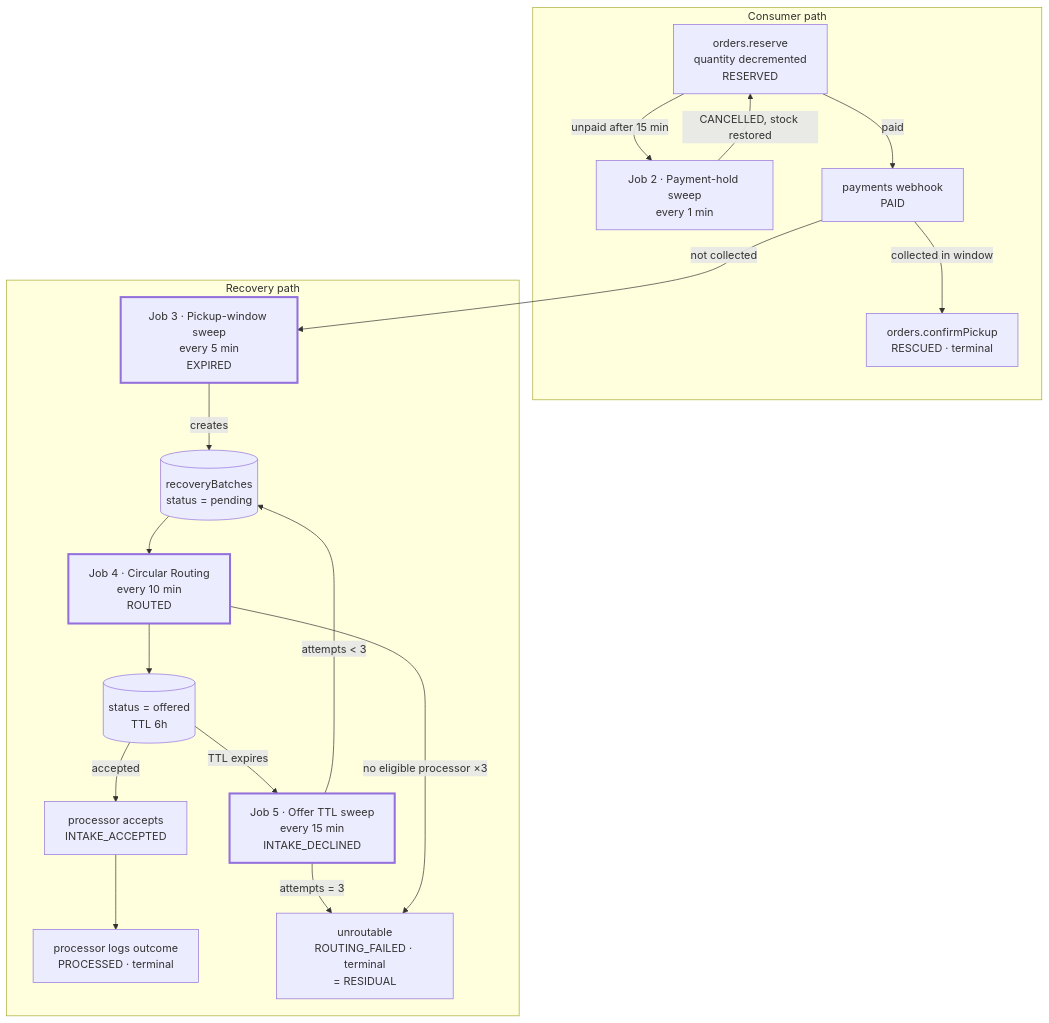
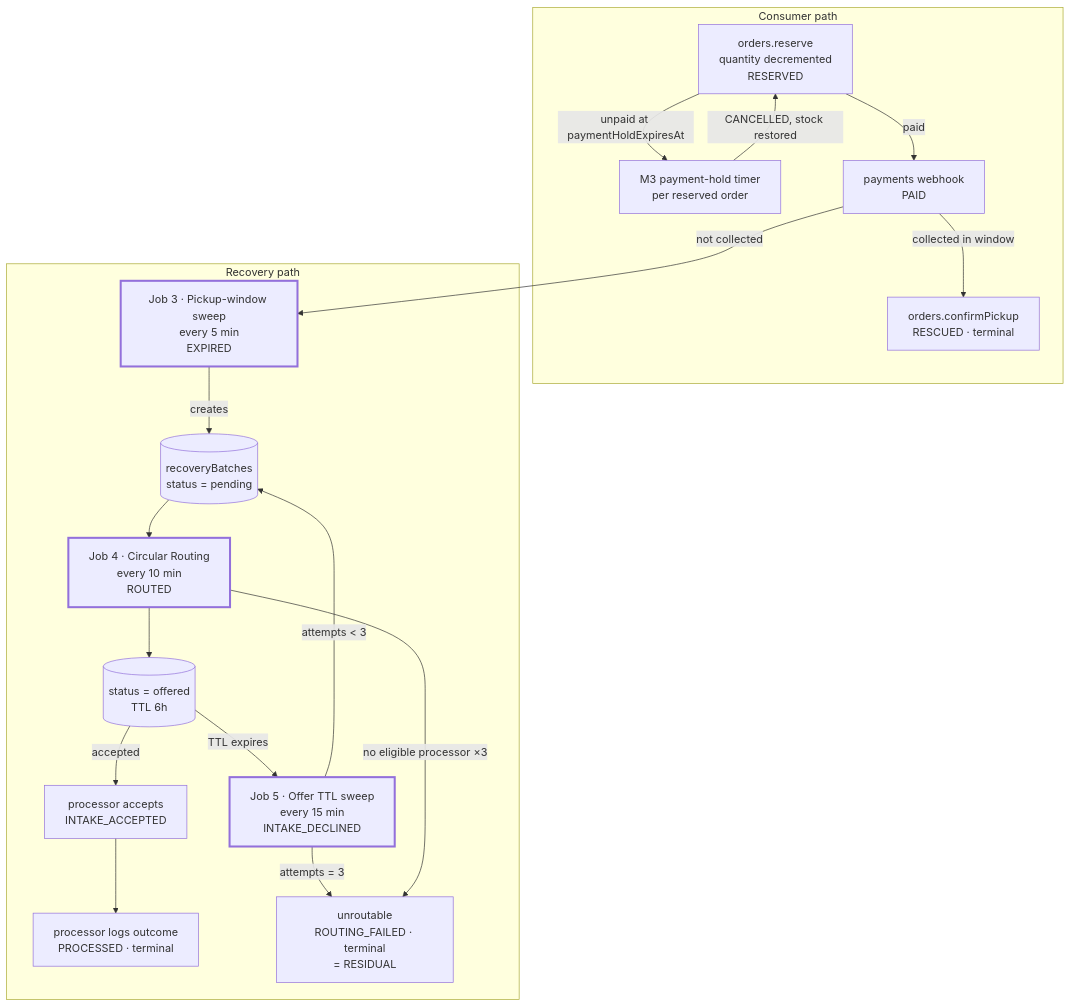
Before and after one commit to 201dev/cirquo: the second of 2 diagrams in docs/architecture/SCHEDULER.md, drawn with Mermaid. The commit also changed other lines of this file and 43 other files, not shown here.

````diff
--- a/docs/architecture/SCHEDULER.md
+++ b/docs/architecture/SCHEDULER.md
@@ -1736,40 +1675,40 @@
 ```mermaid
 flowchart TD
   subgraph consumer["Consumer path"]
     R[orders.reserve<br/>quantity decremented<br/>RESERVED]
-    J2["Job 2 · Payment-hold sweep<br/>every 1 min"]
+    J2["M3 payment-hold timer<br/>per reserved order"]
     P[payments webhook<br/>PAID]
     PU[orders.confirmPickup<br/>RESCUED · terminal]
   end
 
   subgraph recovery["Recovery path"]
     J3["Job 3 · Pickup-window sweep<br/>every 5 min<br/>EXPIRED"]
     B[(recoveryBatches<br/>status = pending)]
     J4["Job 4 · Circular Routing<br/>every 10 min<br/>ROUTED"]
     O[(status = offered<br/>TTL 6h)]
     J5["Job 5 · Offer TTL sweep<br/>every 15 min<br/>INTAKE_DECLINED"]
     ACC[processor accepts<br/>INTAKE_ACCEPTED]
     OUT[processor logs outcome<br/>PROCESSED · terminal]
     UNR[unroutable<br/>ROUTING_FAILED · terminal<br/>= RESIDUAL]
   end
 
-  R -->|unpaid after 15 min| J2
+  R -->|unpaid at paymentHoldExpiresAt| J2
   J2 -->|CANCELLED, stock restored| R
   R -->|paid| P
   P -->|collected in window| PU
   P -->|not collected| J3
 
   J3 -->|creates| B
   B --> J4
   J4 --> O
   O -->|accepted| ACC
   ACC --> OUT
   O -->|TTL expires| J5
   J5 -->|attempts < 3| B
   J5 -->|attempts = 3| UNR
   J4 -->|no eligible processor ×3| UNR
 
   style J3 stroke-width:3px
   style J4 stroke-width:3px
   style J5 stroke-width:3px
 ```
````
